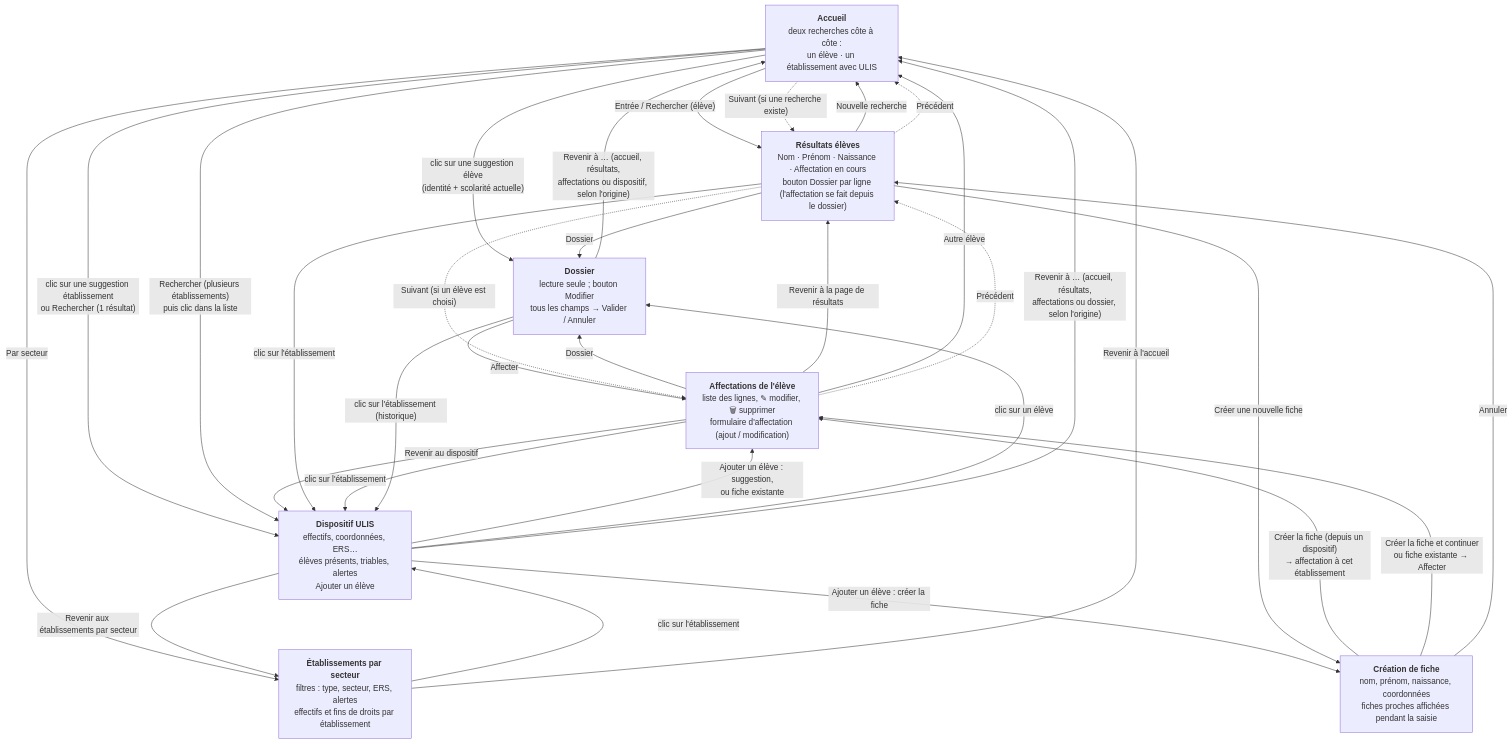
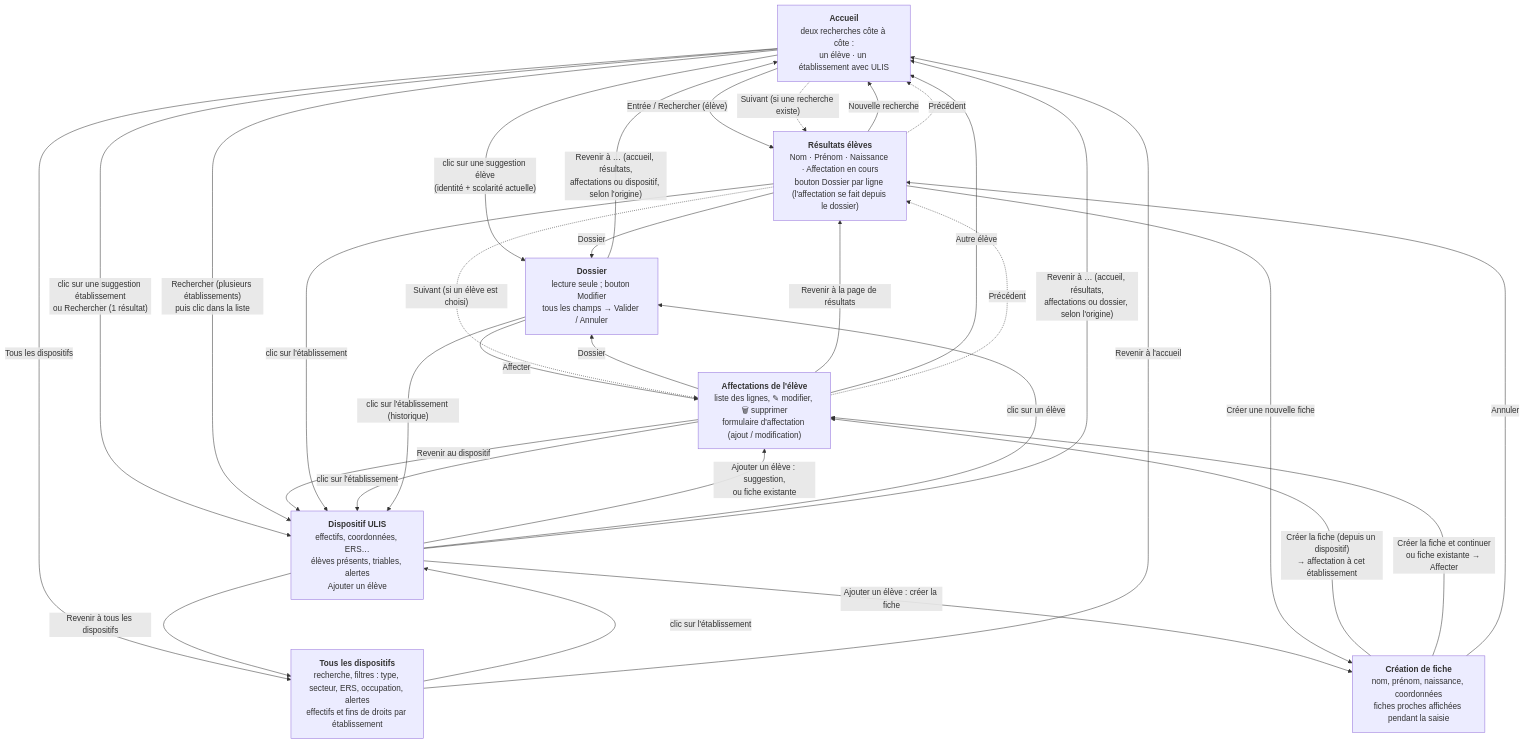
One commit to maximelacoste/grist-widget-affectation changed the diagram in docs/navigation.md. Above: the diagram before and after it, drawn with Mermaid. The commit also changed other lines of this file and 4 other files, not shown here.

First line of the commit message:
Tous les dispositifs : barre de recherche et renommage de la page et du bouton d'accueil

````diff
--- a/docs/navigation.md
+++ b/docs/navigation.md
@@ -5,42 +5,42 @@
 ```mermaid
 flowchart TD
     P1["<b>Accueil</b><br/>deux recherches côte à côte :<br/>un élève · un établissement avec ULIS"]
     P2["<b>Résultats élèves</b><br/>Nom · Prénom · Naissance · Affectation en cours<br/>bouton Dossier par ligne (l'affectation se fait depuis le dossier)"]
     P3["<b>Affectations de l'élève</b><br/>liste des lignes, ✎ modifier, 🗑 supprimer<br/>formulaire d'affectation (ajout / modification)"]
     PC["<b>Création de fiche</b><br/>nom, prénom, naissance, coordonnées<br/>fiches proches affichées pendant la saisie"]
     PD["<b>Dossier</b><br/>lecture seule ; bouton Modifier<br/>tous les champs → Valider / Annuler"]
     PE["<b>Dispositif ULIS</b><br/>effectifs, coordonnées, ERS…<br/>élèves présents, triables, alertes<br/>Ajouter un élève"]
-    PS["<b>Établissements par secteur</b><br/>filtres : type, secteur, ERS, alertes<br/>effectifs et fins de droits par établissement"]
+    PS["<b>Tous les dispositifs</b><br/>recherche, filtres : type, secteur, ERS, occupation, alertes<br/>effectifs et fins de droits par établissement"]
 
     P1 -->|"Entrée / Rechercher (élève)"| P2
     P1 -->|"clic sur une suggestion élève<br/>(identité + scolarité actuelle)"| PD
     P1 -->|"clic sur une suggestion établissement<br/>ou Rechercher (1 résultat)"| PE
     P1 -->|"Rechercher (plusieurs établissements)<br/>puis clic dans la liste"| PE
-    P1 -->|"Par secteur"| PS
+    P1 -->|"Tous les dispositifs"| PS
     PS -->|"clic sur l'établissement"| PE
     PS -->|"Revenir à l'accueil"| P1
-    PE -->|"Revenir aux établissements par secteur"| PS
+    PE -->|"Revenir à tous les dispositifs"| PS
     PE -->|"Ajouter un élève : suggestion,<br/>ou fiche existante"| P3
     PE -->|"Ajouter un élève : créer la fiche"| PC
     PC -->|"Créer la fiche (depuis un dispositif)<br/>→ affectation à cet établissement"| P3
     P3 -->|"Revenir au dispositif"| PE
     P2 -->|"Dossier"| PD
     P2 -->|"clic sur l'établissement"| PE
     P2 -->|"Créer une nouvelle fiche"| PC
     P2 -->|"Nouvelle recherche"| P1
     PC -->|"Créer la fiche et continuer<br/>ou fiche existante → Affecter"| P3
     PC -->|"Annuler"| P2
     P3 -->|"Dossier"| PD
     P3 -->|"clic sur l'établissement"| PE
     P3 -->|"Revenir à la page de résultats"| P2
     P3 -->|"Autre élève"| P1
     PD -->|"Affecter"| P3
     PD -->|"clic sur l'établissement (historique)"| PE
     PD -->|"Revenir à … (accueil, résultats,<br/>affectations ou dispositif, selon l'origine)"| P1
     PE -->|"clic sur un élève"| PD
     PE -->|"Revenir à … (accueil, résultats,<br/>affectations ou dossier, selon l'origine)"| P1
     P1 -.->|"Suivant (si une recherche existe)"| P2
     P2 -.->|"Précédent"| P1
     P2 -.->|"Suivant (si un élève est choisi)"| P3
     P3 -.->|"Précédent"| P2
 ```
````
